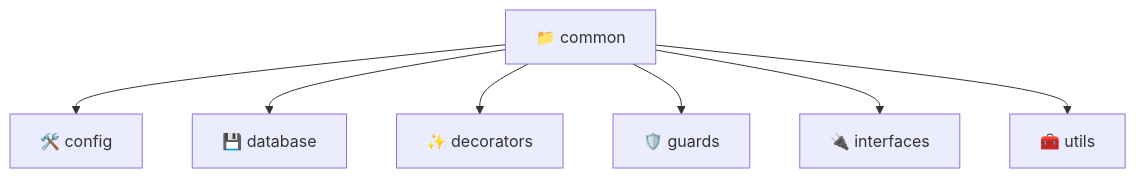
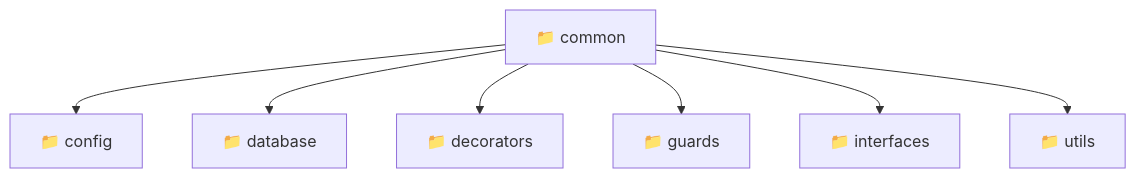
One commit to beginwebdev2002/fullstack-mavluda changed the diagram in backend/src/common/README.md. Above: the diagram before and after it, drawn with Mermaid. The commit also changed other lines of this file and 155 other files, not shown here.

````diff
--- a/backend/src/common/README.md
+++ b/backend/src/common/README.md
@@ -9,10 +9,10 @@
 ```mermaid
 graph TD
   common[📁 common]
-  common --> config[🛠️ config]
-  common --> database[💾 database]
-  common --> decorators[✨ decorators]
-  common --> guards[🛡️ guards]
-  common --> interfaces[🔌 interfaces]
-  common --> utils[🧰 utils]
+  common --> common_config[📁 config]
+  common --> common_database[📁 database]
+  common --> common_decorators[📁 decorators]
+  common --> common_guards[📁 guards]
+  common --> common_interfaces[📁 interfaces]
+  common --> common_utils[📁 utils]
 ```
````
